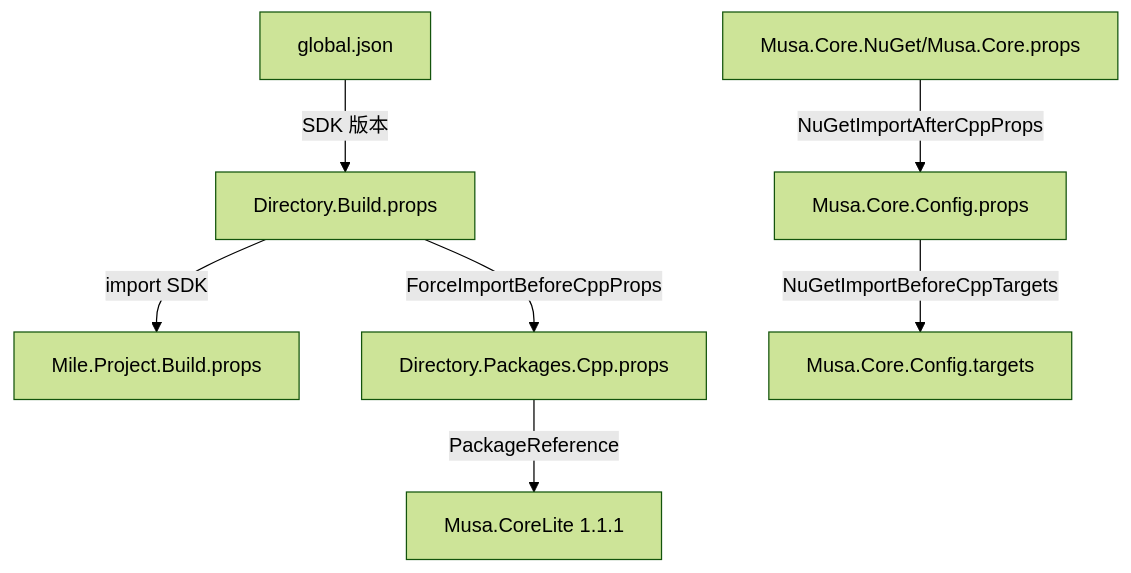
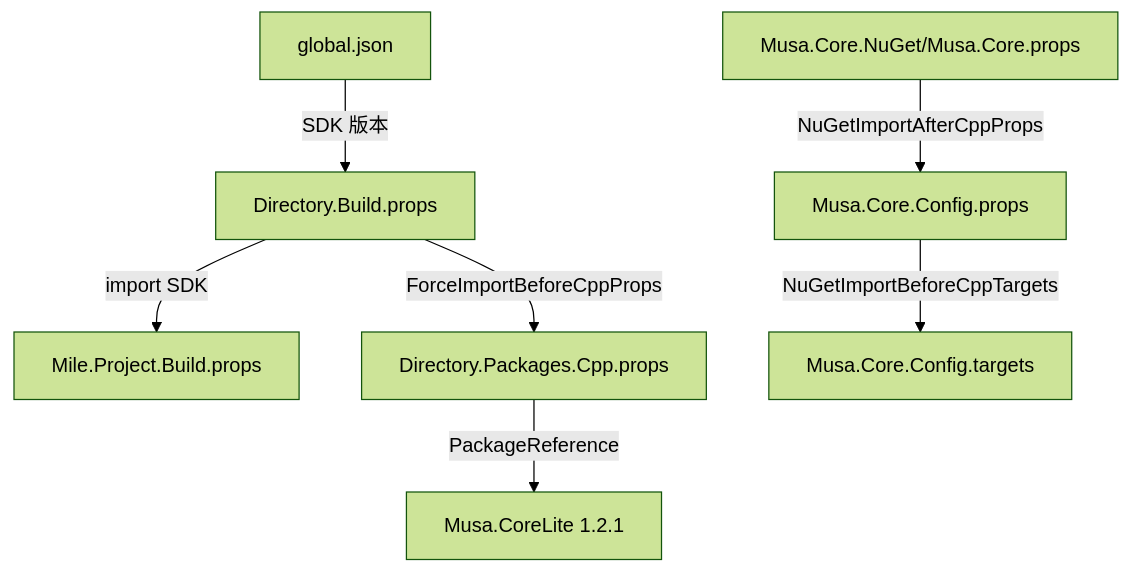
The diagram in docs/configuration-guide.md (MiroKaku/Musa.Core), drawn with Mermaid (forest theme) before and after one commit. The commit also changed other lines of this file and 12 other files, not shown here.

First line of the commit message:
chore: bump Musa.CoreLite 1.1.1 → 1.2.1

````diff
--- a/docs/configuration-guide.md
+++ b/docs/configuration-guide.md
@@ -11,9 +11,9 @@
 ```mermaid
 graph TD
     A[global.json] -->|SDK 版本| B[Directory.Build.props]
     B -->|import SDK| C[Mile.Project.Build.props]
     B -->|ForceImportBeforeCppProps| D[Directory.Packages.Cpp.props]
-    D -->|PackageReference| E[Musa.CoreLite 1.1.1]
+    D -->|PackageReference| E[Musa.CoreLite 1.2.1]
     F[Musa.Core.NuGet/Musa.Core.props] -->|NuGetImportAfterCppProps| G[Musa.Core.Config.props]
     G -->|NuGetImportBeforeCppTargets| H[Musa.Core.Config.targets]
 ```
````
